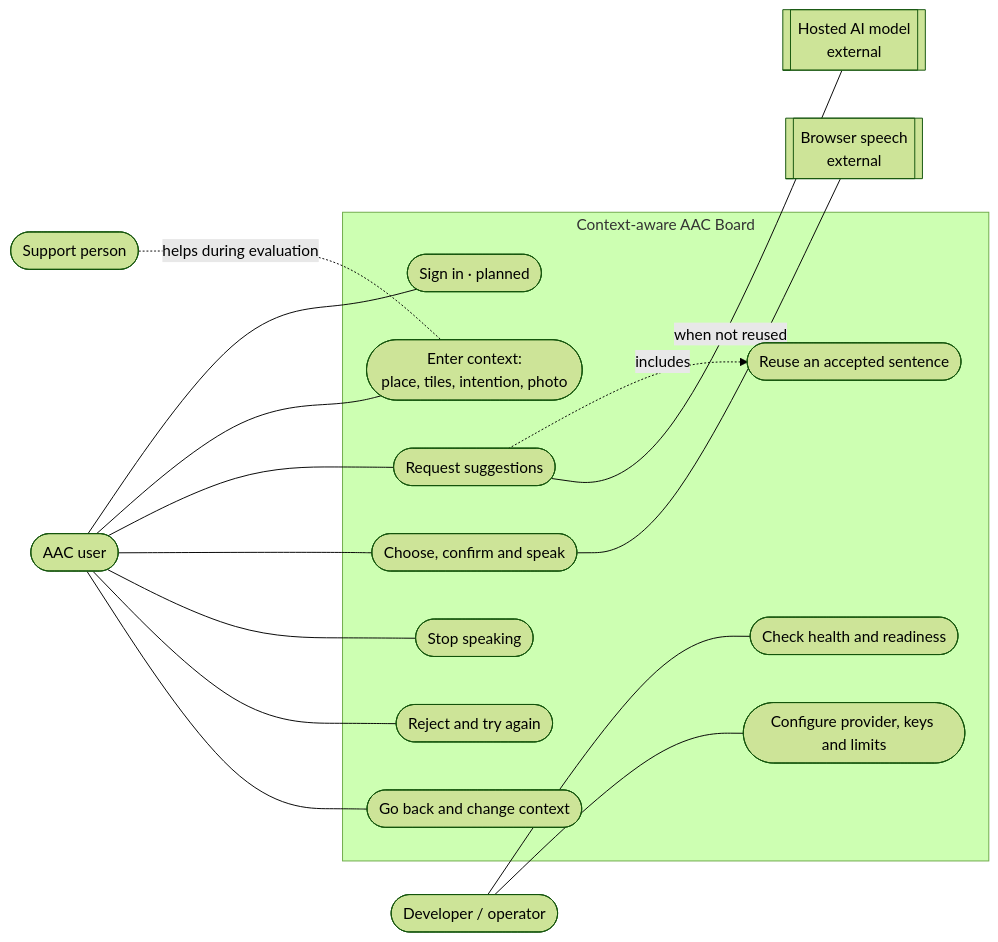
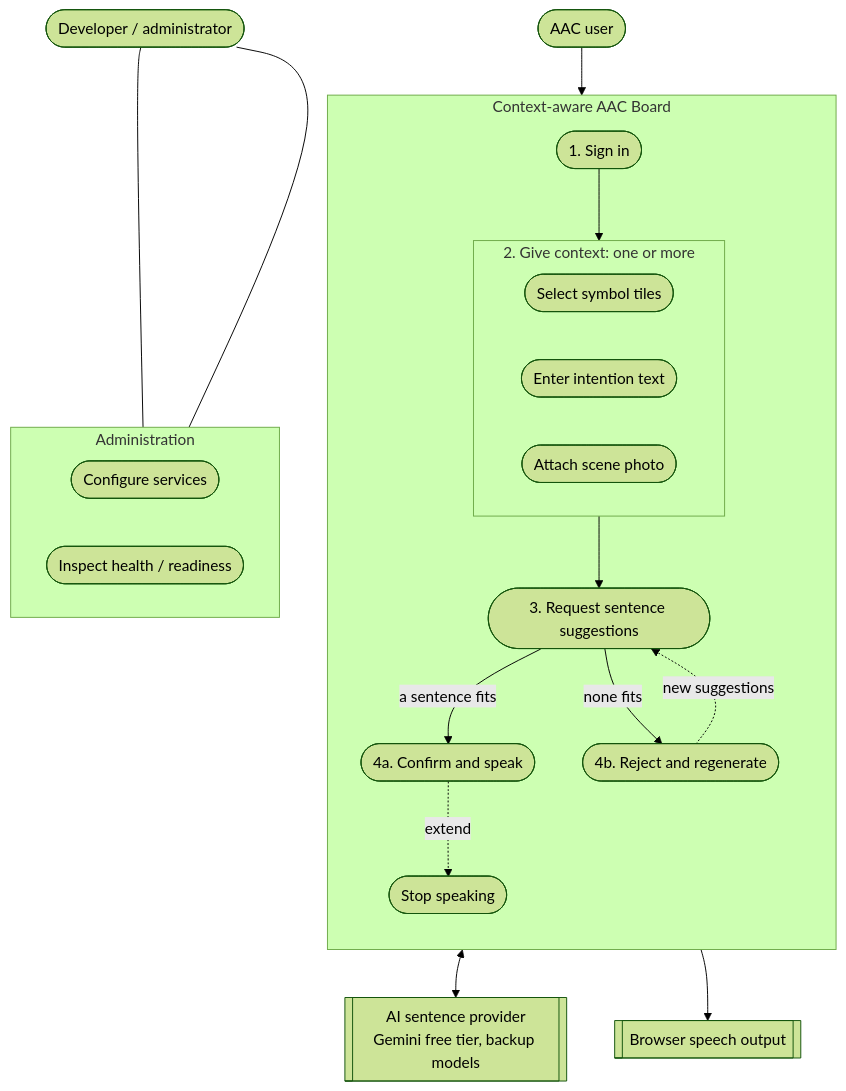
The second of 4 diagrams in docs/requirements/SRS.md (bhsei/26B), drawn with Mermaid (forest theme) before and after one commit. The commit also changed other lines of this file, not shown here.

Commit message:
W7 - SRS v0.4; Markdown edition of Abid's v0.3 with the same structure and requirements, Figures 1-4 redrawn in Mermaid, AI parts corrected against the implementation and a specific rationale for every requirement

````diff
--- a/docs/requirements/SRS.md
+++ b/docs/requirements/SRS.md
@@ -175,28 +220,40 @@
 ```mermaid
-flowchart LR
-    AAC([AAC user])
-    SUP([Support person])
-    DEV([Developer / operator])
-    GEM[[Hosted AI model<br/>external]]
-    TTS[[Browser speech<br/>external]]
+flowchart TB
+    USER([AAC user])
+    AI[[AI sentence provider<br/>Gemini free tier, backup models]]
+    TTS[[Browser speech output]]
 
     subgraph SYS["Context-aware AAC Board"]
-        UC1([Sign in · planned])
-        UC2([Enter context:<br/>place, tiles, intention, photo])
-        UC3([Request suggestions])
-        UC4([Choose, confirm and speak])
-        UC5([Stop speaking])
-        UC6([Reject and try again])
-        UC7([Go back and change context])
-        UC8([Reuse an accepted sentence])
-        UC9([Check health and readiness])
-        UC10([Configure provider, keys and limits])
+        direction TB
+        UC1([1. Sign in])
+        subgraph CTX["2. Give context: one or more"]
+            direction LR
+            UC2([Select symbol tiles])
+            UC3([Enter intention text])
+            UC4([Attach scene photo])
+        end
+        UC5([3. Request sentence suggestions])
+        UC6([4a. Confirm and speak])
+        UC7([4b. Reject and regenerate])
+        UC8([Stop speaking])
+        UC1 --> CTX
+        CTX --> UC5
+        UC5 -- "a sentence fits" --> UC6
+        UC5 -- "none fits" --> UC7
+        UC7 -. "new suggestions" .-> UC5
+        UC6 -. "extend" .-> UC8
     end
 
-    AAC --- UC1 & UC2 & UC3 & UC4 & UC5 & UC6 & UC7
-    SUP -. "helps during evaluation" .- UC2
-    DEV --- UC9 & UC10
-    UC3 -. "includes" .-> UC8
-    UC3 -- "when not reused" --- GEM
-    UC4 --- TTS
+    subgraph ADM["Administration"]
+        direction LR
+        UC9([Configure services])
+        UC10([Inspect health / readiness])
+    end
+
+    DEV([Developer / administrator])
+    USER --> UC1
+    UC5 <--> AI
+    UC6 --> TTS
+    DEV --- UC9
+    DEV --- UC10
 ```
````
